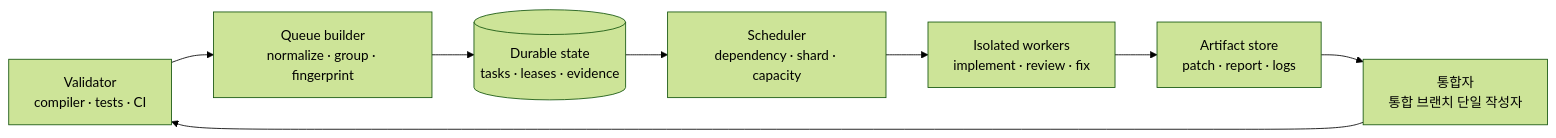
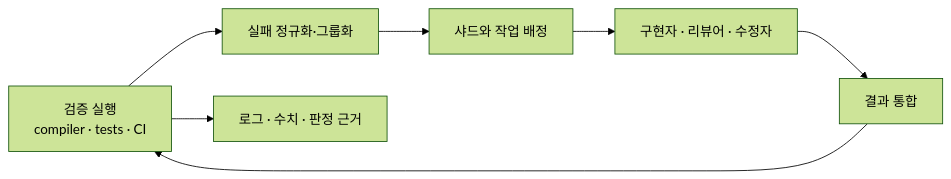
Before and after one commit to kimchanhyung98/agentic-workflows: the second of 5 diagrams in bun-rust/02-implementation-flow.md, drawn with Mermaid (forest theme). The commit also changed other lines of this file and 4 other files, not shown here.

````diff
--- a/bun-rust/02-implementation-flow.md
+++ b/bun-rust/02-implementation-flow.md
@@ -174,10 +76,9 @@
 ```mermaid
 flowchart LR
-    V["Validator<br/>compiler · tests · CI"] --> Q["Queue builder<br/>normalize · group · fingerprint"]
-    Q --> DB[("Durable state<br/>tasks · leases · evidence")]
-    DB --> S["Scheduler<br/>dependency · shard · capacity"]
-    S --> W["Isolated workers<br/>implement · review · fix"]
-    W --> A["Artifact store<br/>patch · report · logs"]
-    A --> I["통합자<br/>통합 브랜치 단일 작성자"]
+    V["검증 실행<br/>compiler · tests · CI"] --> Q["실패 정규화·그룹화"]
+    Q --> S["샤드와 작업 배정"]
+    S --> W["구현자 · 리뷰어 · 수정자"]
+    W --> I["결과 통합"]
     I --> V
+    V --> E["로그 · 수치 · 판정 근거"]
 ```
````
